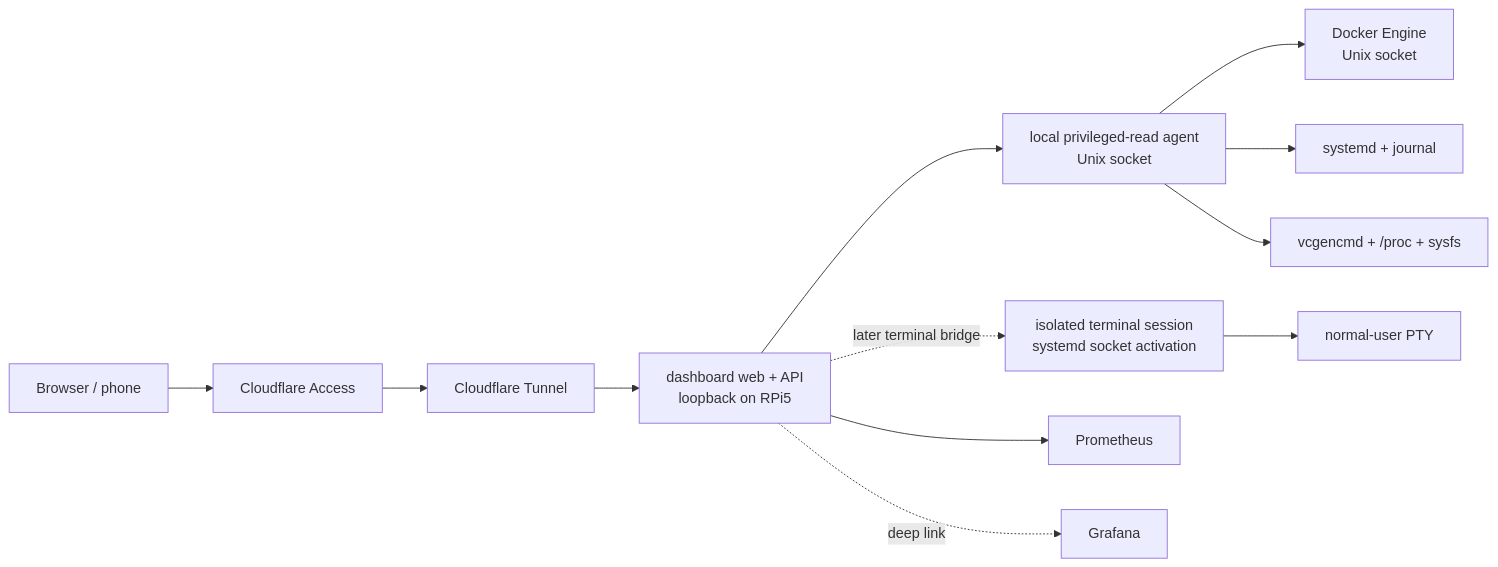
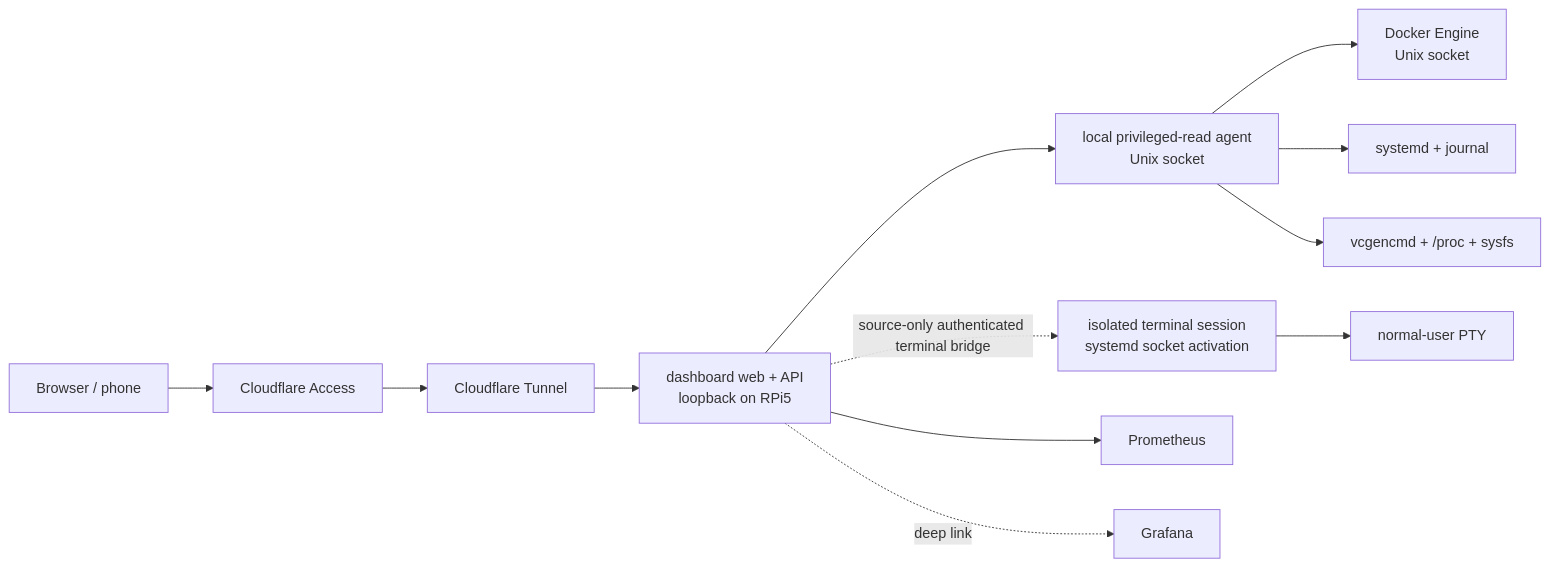
The diagram in docs/ARCHITECTURE.md (rozkalnsandris/dashboard_RPi5), drawn with Mermaid before and after one commit. The commit also changed other lines of this file, not shown here.

Commit message:
docs: record source-only terminal Unix bridge

````diff
--- a/docs/ARCHITECTURE.md
+++ b/docs/ARCHITECTURE.md
@@ -11,25 +11,25 @@
 ```mermaid
 flowchart LR
     B[Browser / phone]
     A[Cloudflare Access]
     T[Cloudflare Tunnel]
     W[dashboard web + API\nloopback on RPi5]
     X[local privileged-read agent\nUnix socket]
     Y[isolated terminal session\nsystemd socket activation]
     D[Docker Engine\nUnix socket]
     J[systemd + journal]
     R[vcgencmd + /proc + sysfs]
     P[Prometheus]
     G[Grafana]
     S[normal-user PTY]
 
     B --> A --> T --> W
     W --> X
-    W -. later terminal bridge .-> Y
+    W -. source-only authenticated terminal bridge .-> Y
     X --> D
     X --> J
     X --> R
     Y --> S
     W --> P
     W -. deep link .-> G
 ```
````
